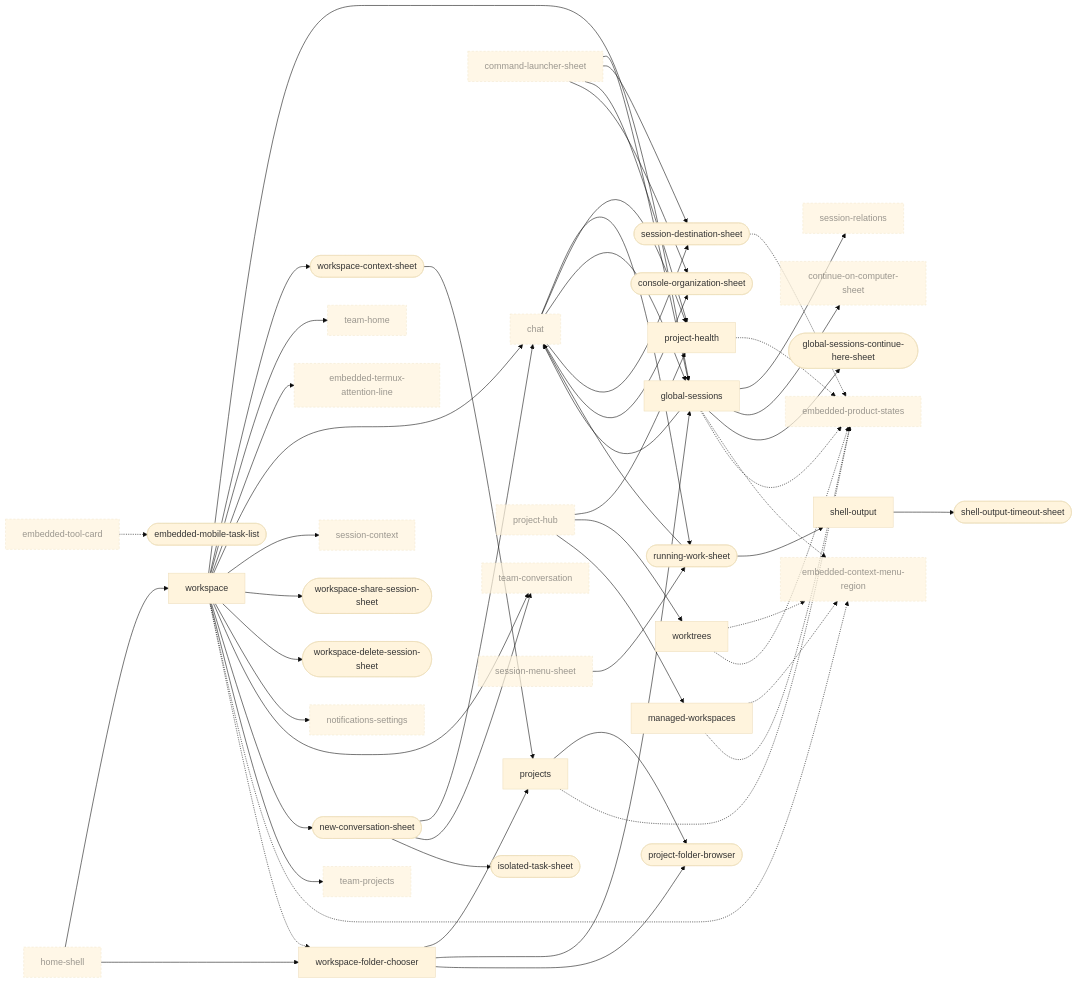
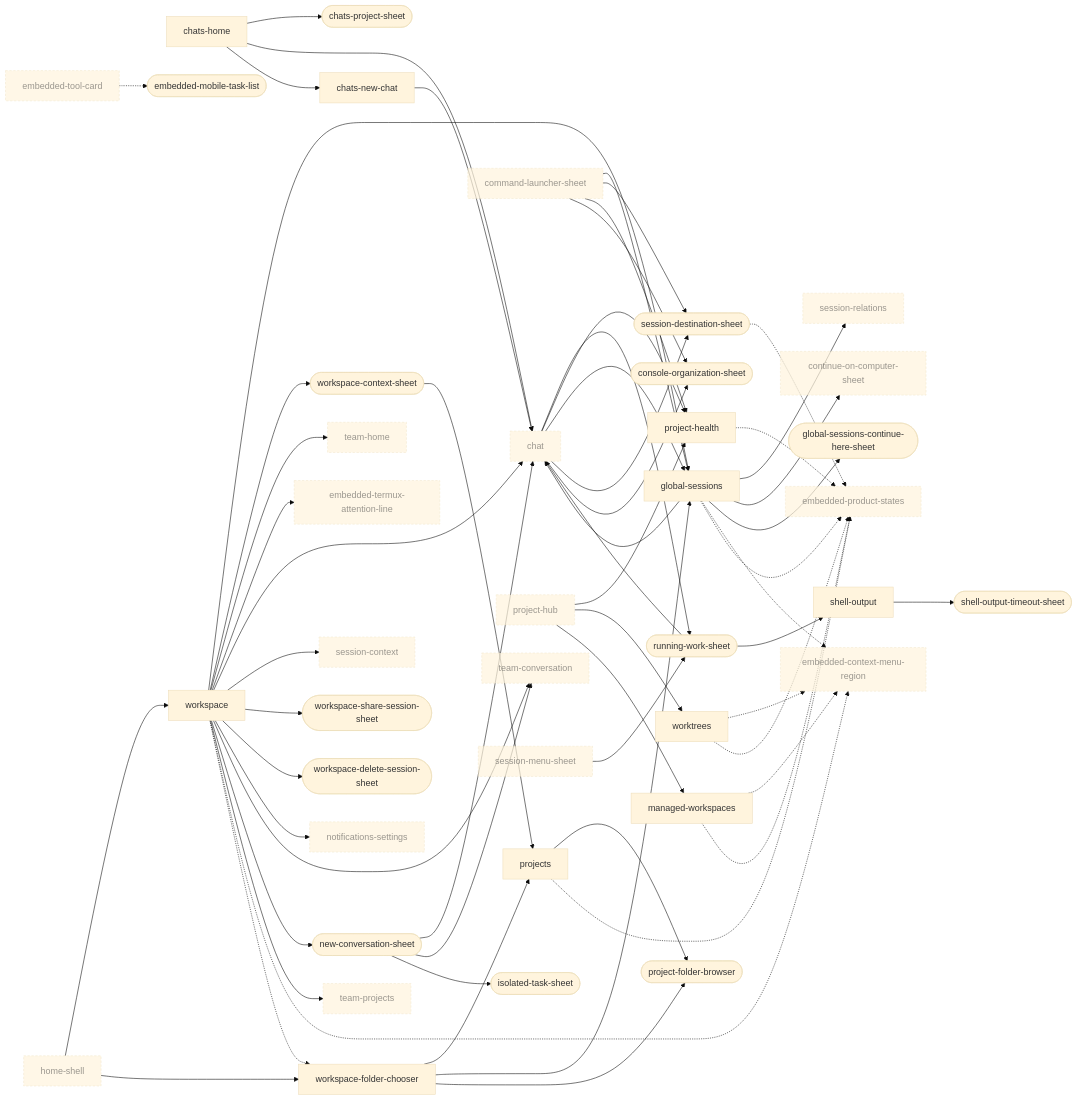
The third of 10 diagrams in docs/design/ui-ledger/navigation.md (Eslamasabry/opencode-mobile-next), drawn with Mermaid (base theme) before and after one commit. The commit also changed other lines of this file and 95 other files, not shown here.

First line of the commit message:
feat(chats-first): Chats home, project filter sheet and new conversation start screen [skip ci]

````diff
--- a/docs/design/ui-ledger/navigation.md
+++ b/docs/design/ui-ledger/navigation.md
@@ -471,6 +475,9 @@
 ```mermaid
 graph LR
   chat["chat"]:::ext
+  chats_home["chats-home"]
+  chats_new_chat["chats-new-chat"]
+  chats_project_sheet(["chats-project-sheet"])
   command_launcher_sheet["command-launcher-sheet"]:::ext
   console_organization_sheet(["console-organization-sheet"])
   continue_on_computer_sheet["continue-on-computer-sheet"]:::ext
@@ -541,6 +548,10 @@
   project_hub --> project_health
   project_hub --> worktrees
   project_hub --> managed_workspaces
+  chats_home --> chats_project_sheet
+  chats_home --> chat
+  chats_home --> chats_new_chat
+  chats_new_chat --> chat
   home_shell --> workspace_folder_chooser
   workspace_folder_chooser --> project_folder_browser
   projects --> project_folder_browser
````
